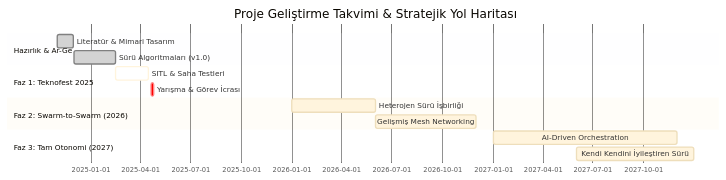
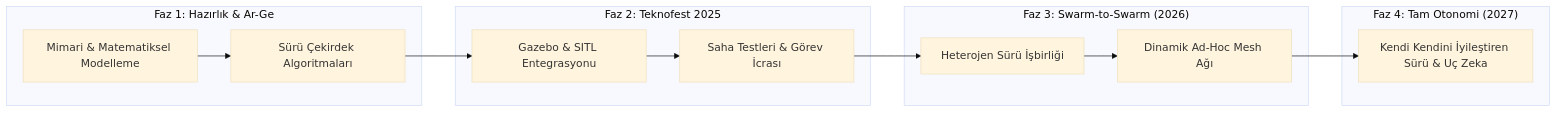
Before and after one commit to bahattinyunus/teknofest_suru_iha: the second of 2 diagrams in README.md, drawn with Mermaid (base theme). The commit also changed other lines of this file and 15 other files, not shown here.

````diff
--- a/README.md
+++ b/README.md
@@ -198,17 +199,18 @@
 ```mermaid
-gantt
-    title Proje Geliştirme Takvimi & Stratejik Yol Haritası
-    dateFormat  YYYY-MM-DD
-    section Hazırlık & Ar-Ge
-    Literatür & Mimari Tasarım   :done,    des1, 2024-11-01, 2024-11-30
-    Sürü Algoritmaları (v1.0)    :done,    dev1, 2024-12-01, 2025-02-15
-    section Faz 1: Teknofest 2025
-    SITL & Saha Testleri         :active,  tst1, 2025-02-15, 2025-04-15
-    Yarışma & Görev İcrası       :crit,    event, 2025-04-20, 2025-04-25
-    section Faz 2: Swarm-to-Swarm (2026)
-    Heterojen Sürü İşbirliği     :         rd2, 2026-01-01, 2026-06-01
-    Gelişmiş Mesh Networking     :         rd3, 2026-06-01, 2026-12-01
-    section Faz 3: Tam Otonomi (2027)
-    AI-Driven Orchestration      :         rd4, 2027-01-01, 2027-12-01
-    Kendi Kendini İyileştiren Sürü:        rd5, 2027-06-01, 2027-12-31
+flowchart LR
+    subgraph S1["Faz 1: Hazırlık & Ar-Ge"]
+        A["Mimari & Matematiksel Modelleme"] --> B["Sürü Çekirdek Algoritmaları"]
+    end
+    subgraph S2["Faz 2: Teknofest 2025"]
+        C["Gazebo & SITL Entegrasyonu"] --> D["Saha Testleri & Görev İcrası"]
+    end
+    subgraph S3["Faz 3: Swarm-to-Swarm (2026)"]
+        E["Heterojen Sürü İşbirliği"] --> F["Dinamik Ad-Hoc Mesh Ağı"]
+    end
+    subgraph S4["Faz 4: Tam Otonomi (2027)"]
+        G["Kendi Kendini İyileştiren Sürü & Uç Zeka"]
+    end
+    B --> C
+    D --> E
+    F --> G
 ```
````
